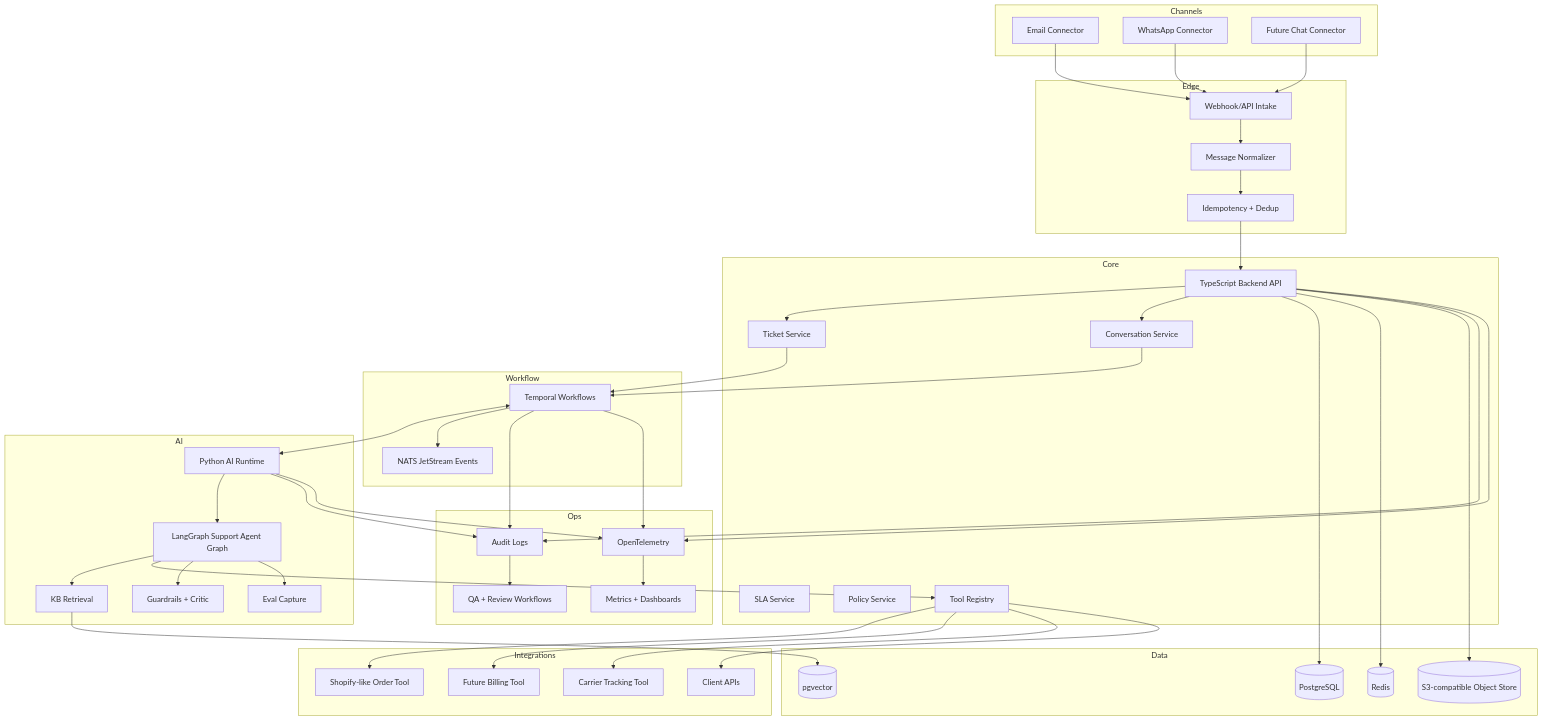
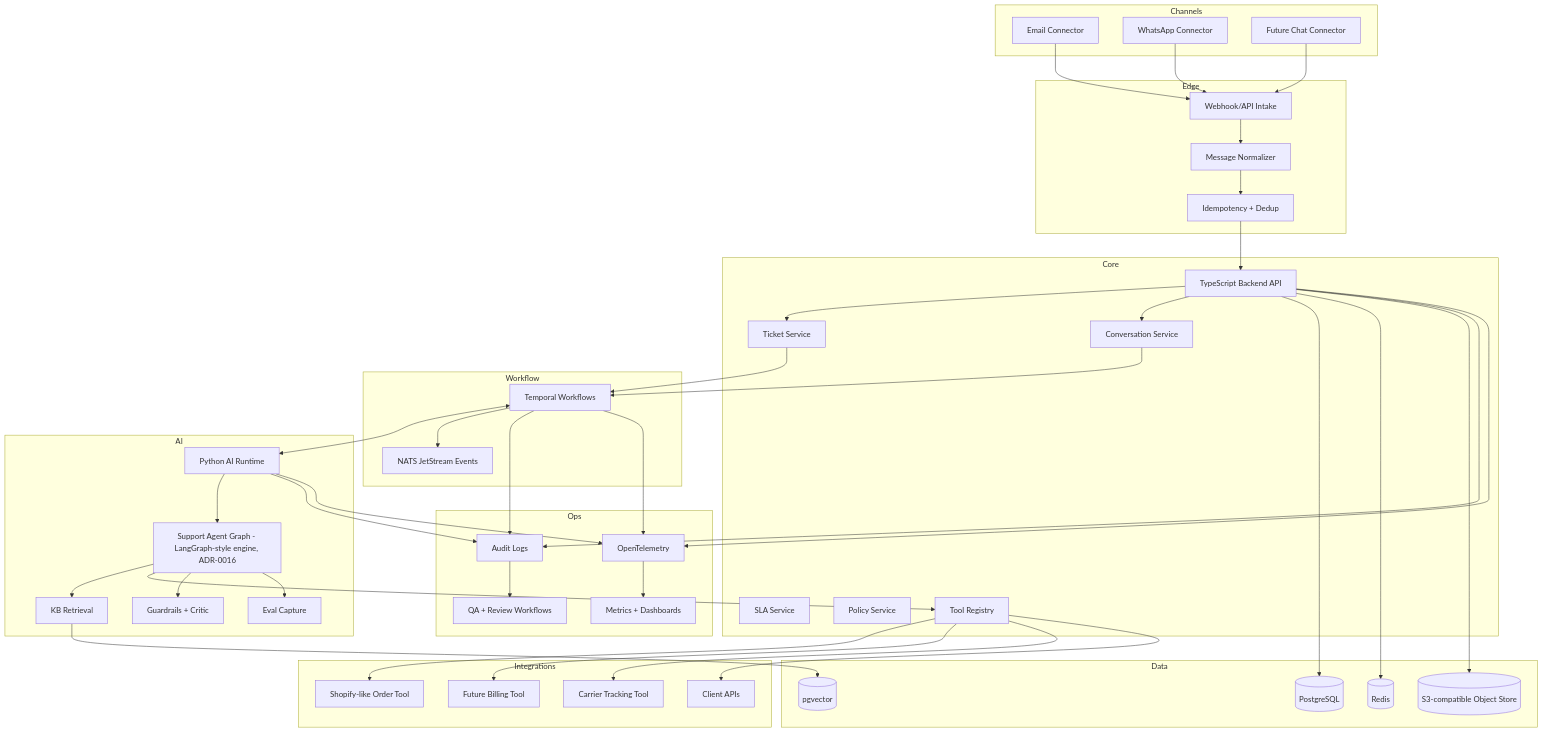
The first of 4 diagrams in PLAN.md (1pizzaslice/E2E-automated-cutomer-service), drawn with Mermaid before and after one commit. The commit also changed 12 other files, not shown here.

```diff
--- a/PLAN.md
+++ b/PLAN.md
@@ -129,7 +129,7 @@
 
   subgraph AI
     AIRuntime[Python AI Runtime]
-    LangGraph[LangGraph Support Agent Graph]
+    LangGraph[Support Agent Graph - LangGraph-style engine, ADR-0016]
     RAG[KB Retrieval]
     Guardrails[Guardrails + Critic]
     Evals[Eval Capture]
```
